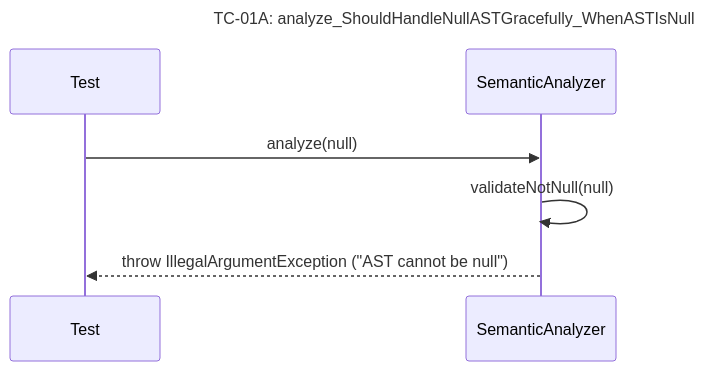
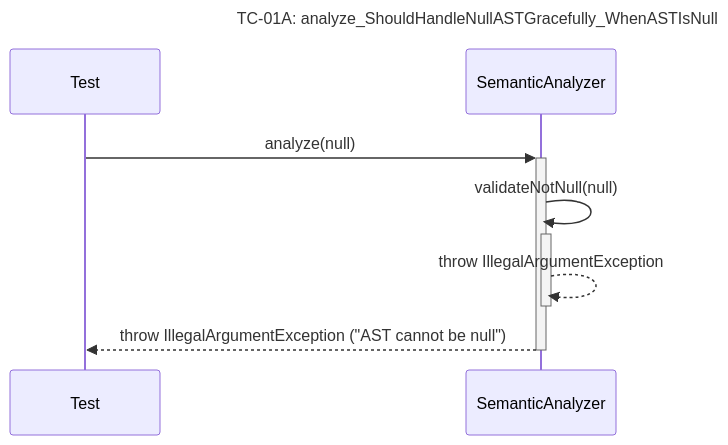
The second of 30 diagrams in docs/unit_test/query_prossor/SequeceTestCase.md (Dikhang1112/Database_Management_BBV), drawn with Mermaid before and after one commit. The commit also changed other lines of this file and 12 other files, not shown here.

Commit message:
Refactor sequece diagram

````diff
--- a/docs/unit_test/query_prossor/SequeceTestCase.md
+++ b/docs/unit_test/query_prossor/SequeceTestCase.md
@@ -38,10 +38,11 @@
 ```mermaid
 sequenceDiagram
     title TC-01A: analyze_ShouldHandleNullASTGracefully_WhenASTIsNull
     participant Test
     participant SemanticAnalyzer
 
-    Test->>SemanticAnalyzer: analyze(null)
-    SemanticAnalyzer->>SemanticAnalyzer: validateNotNull(null)
-    SemanticAnalyzer-->>Test: throw IllegalArgumentException ("AST cannot be null")
+    Test->>+SemanticAnalyzer: analyze(null)
+    SemanticAnalyzer->>+SemanticAnalyzer: validateNotNull(null)
+    SemanticAnalyzer-->>-SemanticAnalyzer: throw IllegalArgumentException
+    SemanticAnalyzer-->>-Test: throw IllegalArgumentException ("AST cannot be null")
 ```
````
